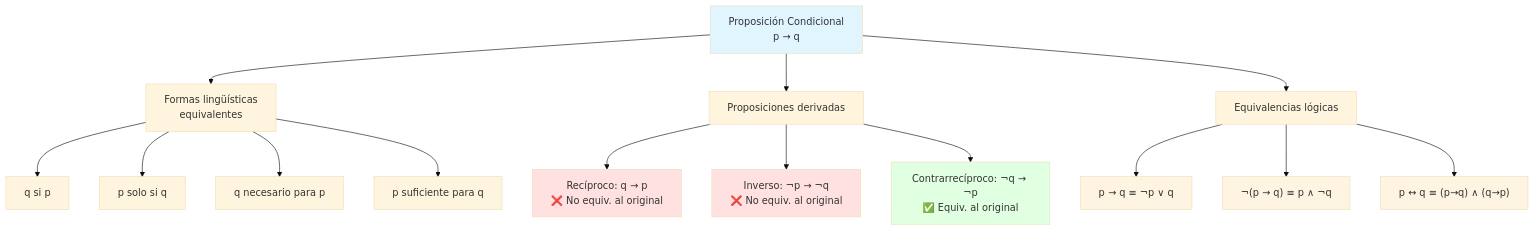
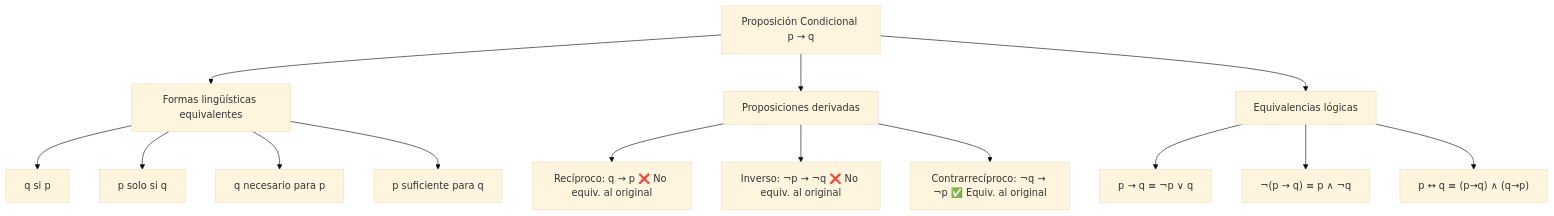
One commit to Fsteven22/Notas-de-Universidad-Freddy-Sanchez- changed the first of 2 diagrams in Universidad/3er Semestre/Matemáticas Discretas/Unidad 1 - Logica y Conjuntos/I - Lógica Proporcional/02 - Proposiciones Condicionales y Equivalencia Lógica.md. Above: the diagram before and after it, drawn with Mermaid (base theme). The commit also changed other lines of this file and 1424 other files, not shown here.

````diff
--- a/Universidad/3er Semestre/Matemáticas Discretas/Unidad 1 - Logica y Conjuntos/I - Lógica Proporcional/02 - Proposiciones Condicionales y Equivalencia Lógica.md
+++ b/Universidad/3er Semestre/Matemáticas Discretas/Unidad 1 - Logica y Conjuntos/I - Lógica Proporcional/02 - Proposiciones Condicionales y Equivalencia Lógica.md
@@ -362,27 +361,20 @@
 ```mermaid
 graph TD
-    A["Proposición Condicional<br/>p → q"] --> B["Formas lingüísticas<br/>equivalentes"]
+    A["Proposición Condicional p → q"] --> B["Formas lingüísticas equivalentes"]
     A --> C["Proposiciones derivadas"]
     A --> D["Equivalencias lógicas"]
 
     B --> B1["q si p"]
     B --> B2["p solo si q"]
     B --> B3["q necesario para p"]
     B --> B4["p suficiente para q"]
 
-    C --> C1["Recíproco: q → p<br/>❌ No equiv. al original"]
-    C --> C2["Inverso: ¬p → ¬q<br/>❌ No equiv. al original"]
-    C --> C3["Contrarrecíproco: ¬q → ¬p<br/>✅ Equiv. al original"]
+    C --> C1["Recíproco: q → p ❌ No equiv. al original"]
+    C --> C2["Inverso: ¬p → ¬q ❌ No equiv. al original"]
+    C --> C3["Contrarrecíproco: ¬q → ¬p ✅ Equiv. al original"]
 
     D --> D1["p → q ≡ ¬p ∨ q"]
     D --> D2["¬(p → q) ≡ p ∧ ¬q"]
     D --> D3["p ↔ q ≡ (p→q) ∧ (q→p)"]
 
-    style A fill:#e1f5ff
-    style C1 fill:#ffe1e1
-    style C2 fill:#ffe1e1
-    style C3 fill:#e1ffe1
-    style D1 fill:#fff4e1
-    style D2 fill:#fff4e1
-    style D3 fill:#fff4e1
 ```
````
